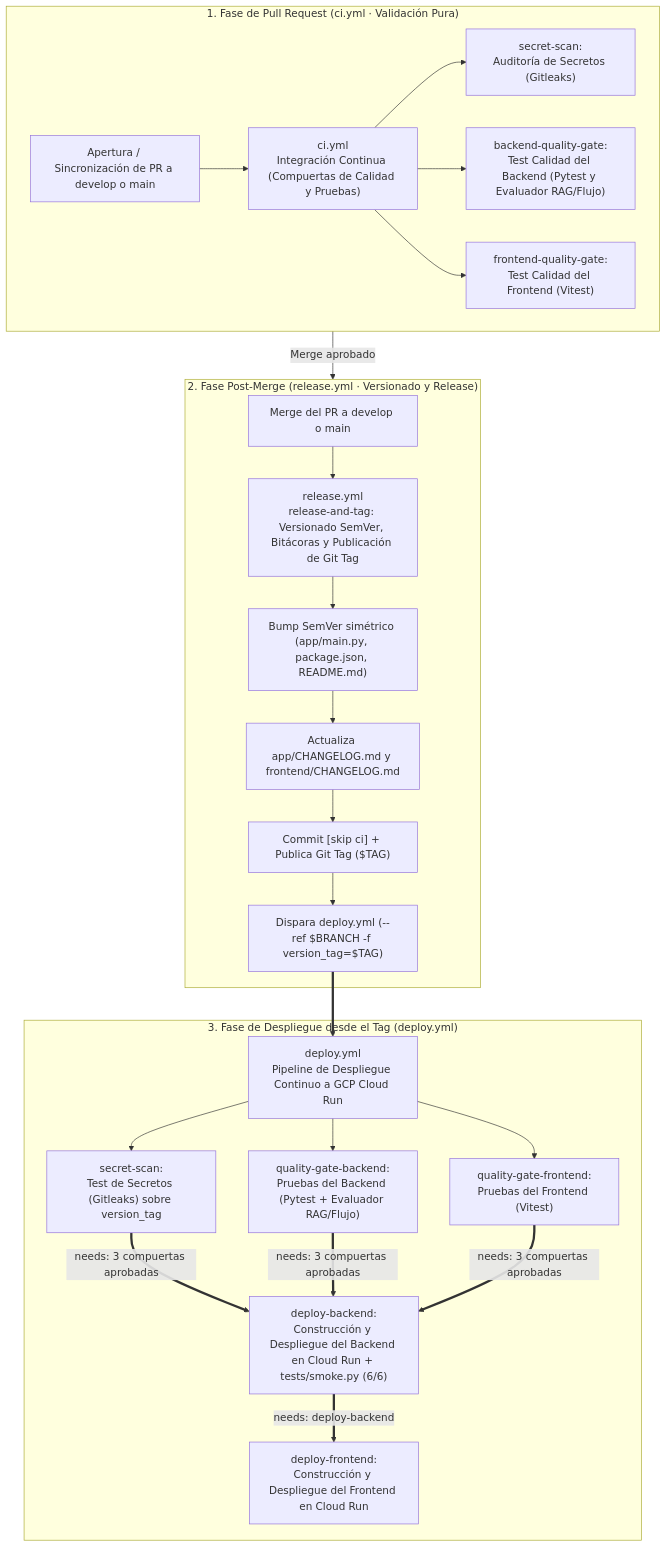
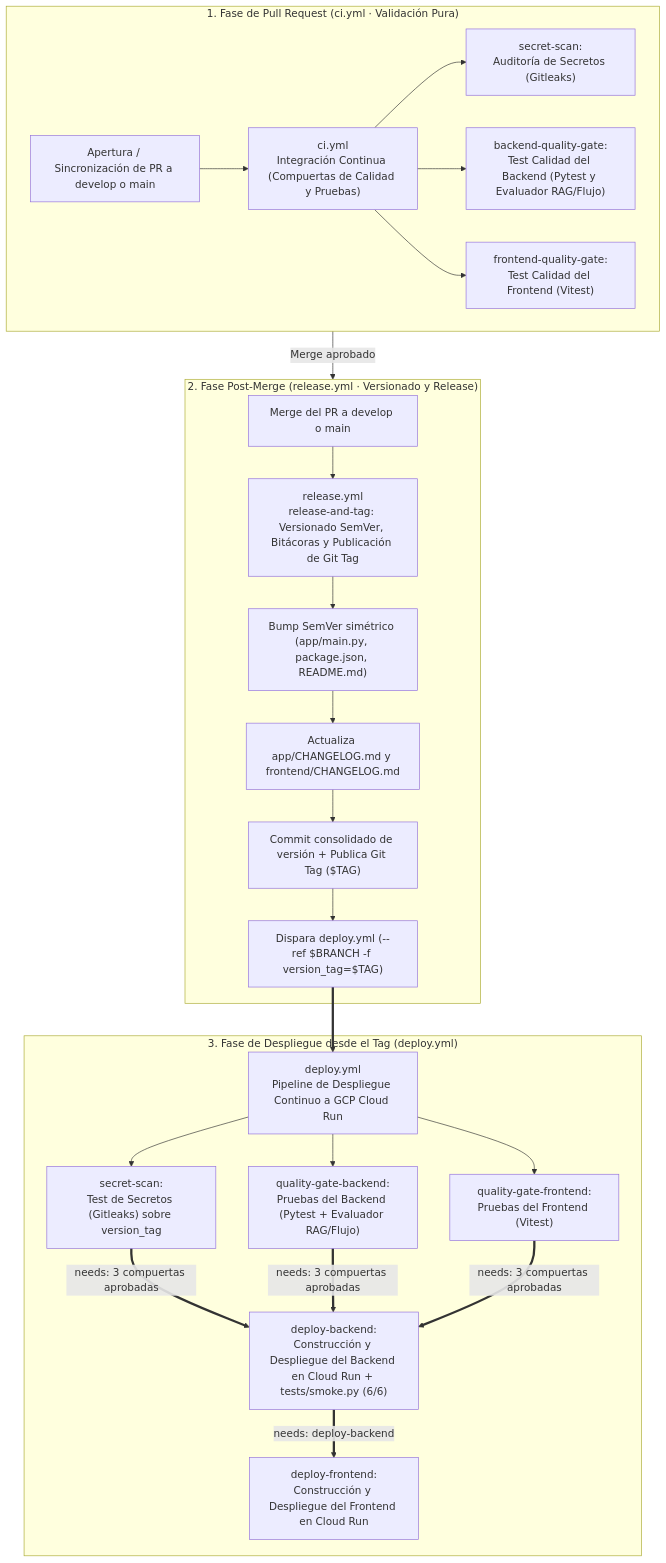
The diagram in .github/workflows/README.md (UNIPI6TO/PROY_GRADUACION_ASISTENTE_MEDICO_APP), drawn with Mermaid before and after one commit. The commit also changed other lines of this file and 1 other file, not shown here.

Commit message:
docs: (ci) actualizar flujo de publicación
Documenta el commit de versión sin [skip ci] y actualiza los diagramas del flujo de CI/CD.

Hecho con asistencia de IA; revisado por: Wilson Salinas

````diff
--- a/.github/workflows/README.md
+++ b/.github/workflows/README.md
@@ -9,28 +9,28 @@
 ```mermaid
 flowchart TD
     subgraph FASE1["1. Fase de Pull Request (ci.yml · Validación Pura)"]
         PR["Apertura / Sincronización de PR a develop o main"] --> CI["ci.yml<br/>Integración Continua (Compuertas de Calidad y Pruebas)"]
         CI --> CI_SEC["secret-scan:<br/>Auditoría de Secretos (Gitleaks)"]
         CI --> CI_BE["backend-quality-gate:<br/>Test Calidad del Backend (Pytest y Evaluador RAG/Flujo)"]
         CI --> CI_FE["frontend-quality-gate:<br/>Test Calidad del Frontend (Vitest)"]
     end
 
     subgraph FASE2["2. Fase Post-Merge (release.yml · Versionado y Release)"]
         MERGE["Merge del PR a develop o main"] --> RELEASE["release.yml<br/>release-and-tag: Versionado SemVer, Bitácoras y Publicación de Git Tag"]
         RELEASE --> BUMP["Bump SemVer simétrico (app/main.py, package.json, README.md)"]
         BUMP --> CHLOG["Actualiza app/CHANGELOG.md y frontend/CHANGELOG.md"]
-        CHLOG --> TAG["Commit [skip ci] + Publica Git Tag ($TAG)"]
+        CHLOG --> TAG["Commit consolidado de versión + Publica Git Tag ($TAG)"]
         TAG --> DISPATCH["Dispara deploy.yml (--ref $BRANCH -f version_tag=$TAG)"]
     end
 
     subgraph FASE3["3. Fase de Despliegue desde el Tag (deploy.yml)"]
         DISPATCH ==> DEPLOY["deploy.yml<br/>Pipeline de Despliegue Continuo a GCP Cloud Run"]
         DEPLOY --> DEP_SEC["secret-scan:<br/>Test de Secretos (Gitleaks) sobre version_tag"]
         DEPLOY --> DEP_BE["quality-gate-backend:<br/>Pruebas del Backend (Pytest + Evaluador RAG/Flujo)"]
         DEPLOY --> DEP_FE["quality-gate-frontend:<br/>Pruebas del Frontend (Vitest)"]
         DEP_SEC & DEP_BE & DEP_FE ==>|needs: 3 compuertas aprobadas| BE_DEPLOY["deploy-backend:<br/>Construcción y Despliegue del Backend en Cloud Run + tests/smoke.py (6/6)"]
         BE_DEPLOY ==>|needs: deploy-backend| FE_DEPLOY["deploy-frontend:<br/>Construcción y Despliegue del Frontend en Cloud Run"]
     end
 
     FASE1 -->|Merge aprobado| FASE2
 ```
````
